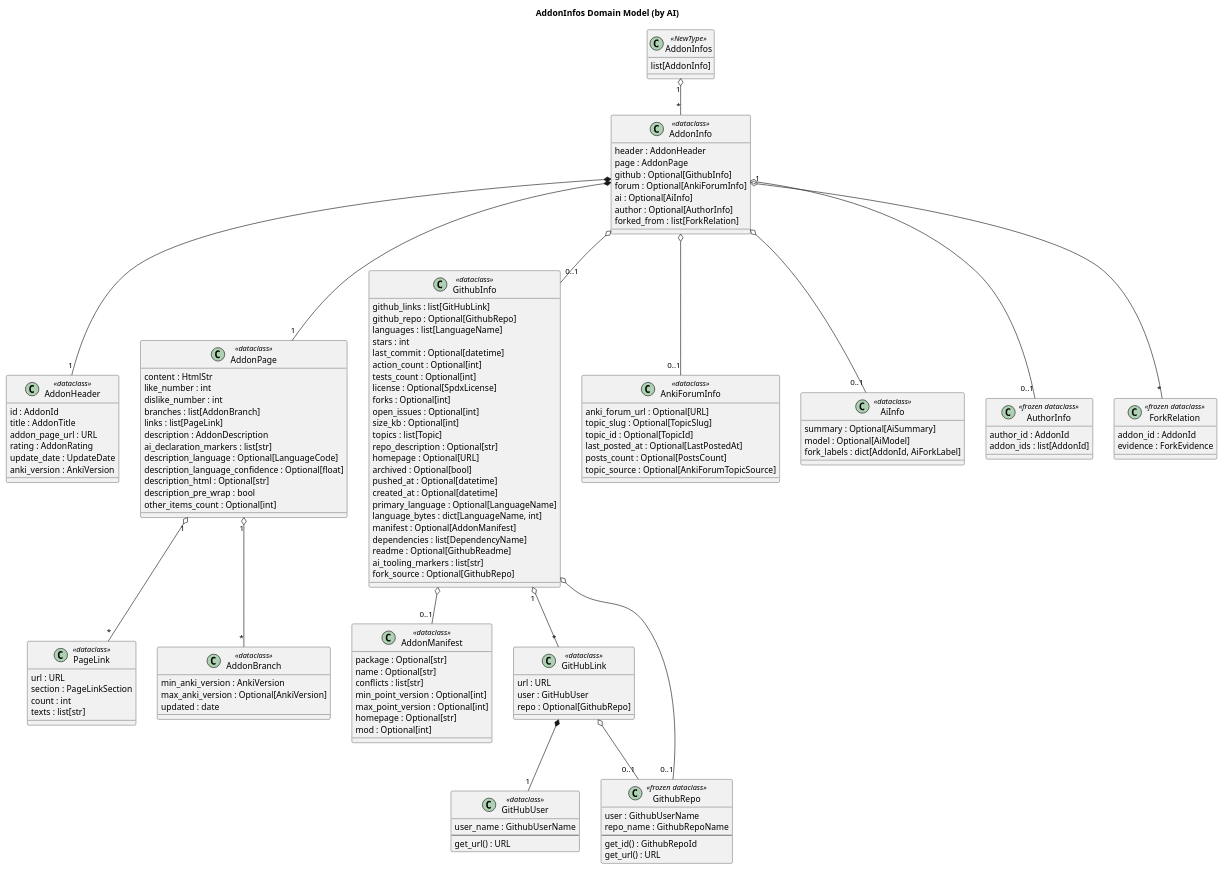
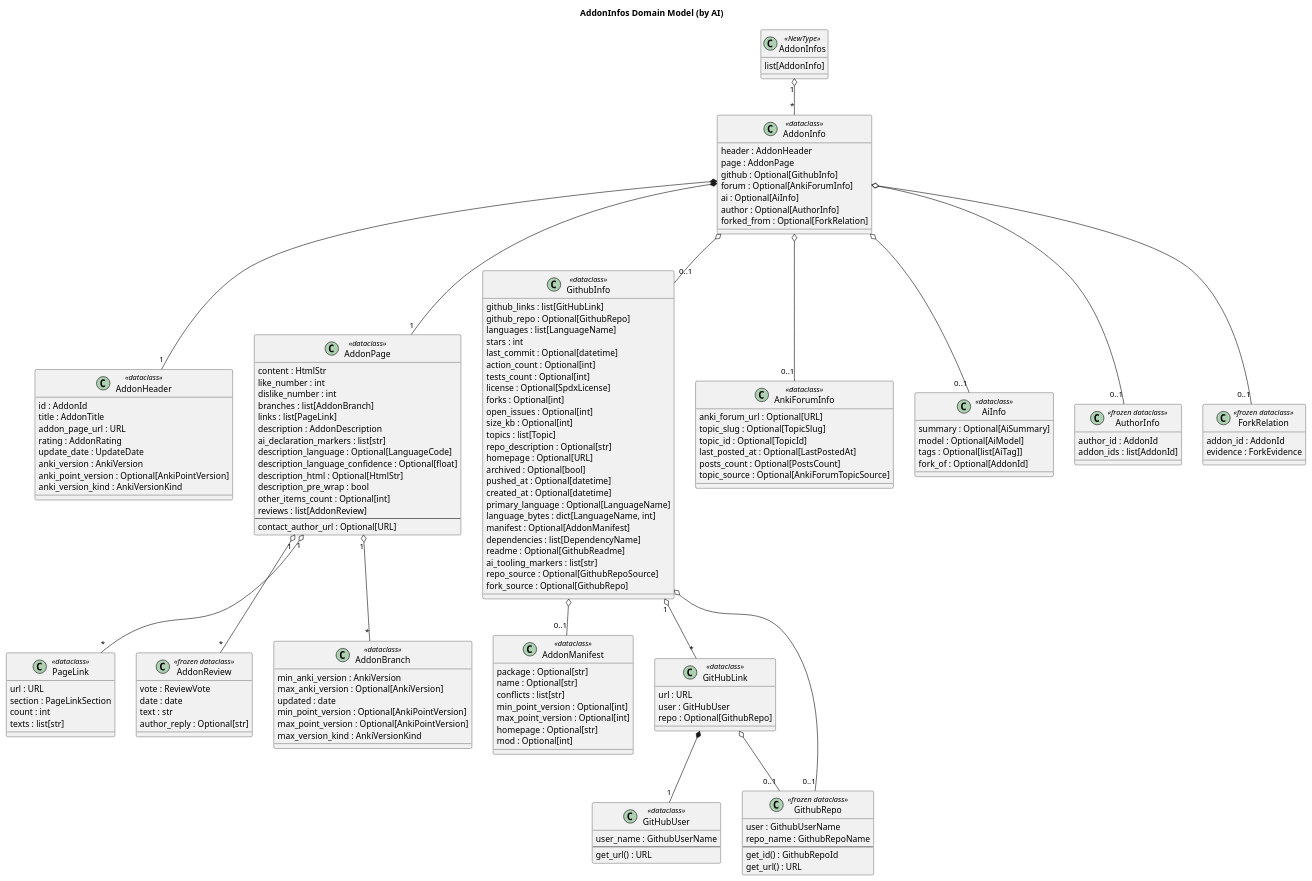
The diagram in doc/uml/ai/class-addon-infos.puml (Aleks-Ya/anki-addons-dataset), drawn with PlantUML before and after one commit. The commit also changed 2 other files, not shown here.

Commit message:
Update UML diagrams

```diff
--- a/doc/uml/ai/class-addon-infos.puml
+++ b/doc/uml/ai/class-addon-infos.puml
@@ -1,160 +1,178 @@
 @startuml
 
 title AddonInfos Domain Model (by AI)
 
 skinparam packageStyle rectangle
 
 class AddonInfos <<NewType>> {
   list[AddonInfo]
 }
 
 class AddonInfo <<dataclass>> {
   header : AddonHeader
   page : AddonPage
   github : Optional[GithubInfo]
   forum : Optional[AnkiForumInfo]
   ai : Optional[AiInfo]
   author : Optional[AuthorInfo]
-  forked_from : list[ForkRelation]
+  forked_from : Optional[ForkRelation]
 }
 
 class AddonHeader <<dataclass>> {
   id : AddonId
   title : AddonTitle
   addon_page_url : URL
   rating : AddonRating
   update_date : UpdateDate
   anki_version : AnkiVersion
+  anki_point_version : Optional[AnkiPointVersion]
+  anki_version_kind : AnkiVersionKind
 }
 
 class AddonPage <<dataclass>> {
   content : HtmlStr
   like_number : int
   dislike_number : int
   branches : list[AddonBranch]
   links : list[PageLink]
   description : AddonDescription
   ai_declaration_markers : list[str]
   description_language : Optional[LanguageCode]
   description_language_confidence : Optional[float]
-  description_html : Optional[str]
+  description_html : Optional[HtmlStr]
   description_pre_wrap : bool
   other_items_count : Optional[int]
+  reviews : list[AddonReview]
+  --
+  contact_author_url : Optional[URL]
 }
 
 class PageLink <<dataclass>> {
   url : URL
   section : PageLinkSection
   count : int
   texts : list[str]
 }
 
+class AddonReview <<frozen dataclass>> {
+  vote : ReviewVote
+  date : date
+  text : str
+  author_reply : Optional[str]
+}
+
 class AddonBranch <<dataclass>> {
   min_anki_version : AnkiVersion
   max_anki_version : Optional[AnkiVersion]
   updated : date
+  min_point_version : Optional[AnkiPointVersion]
+  max_point_version : Optional[AnkiPointVersion]
+  max_version_kind : AnkiVersionKind
 }
 
 class GithubInfo <<dataclass>> {
   github_links : list[GitHubLink]
   github_repo : Optional[GithubRepo]
   languages : list[LanguageName]
   stars : int
   last_commit : Optional[datetime]
   action_count : Optional[int]
   tests_count : Optional[int]
   license : Optional[SpdxLicense]
   forks : Optional[int]
   open_issues : Optional[int]
   size_kb : Optional[int]
   topics : list[Topic]
   repo_description : Optional[str]
   homepage : Optional[URL]
   archived : Optional[bool]
   pushed_at : Optional[datetime]
   created_at : Optional[datetime]
   primary_language : Optional[LanguageName]
   language_bytes : dict[LanguageName, int]
   manifest : Optional[AddonManifest]
   dependencies : list[DependencyName]
   readme : Optional[GithubReadme]
   ai_tooling_markers : list[str]
+  repo_source : Optional[GithubRepoSource]
   fork_source : Optional[GithubRepo]
 }
 
 class AddonManifest <<dataclass>> {
   package : Optional[str]
   name : Optional[str]
   conflicts : list[str]
   min_point_version : Optional[int]
   max_point_version : Optional[int]
   homepage : Optional[str]
   mod : Optional[int]
 }
 
 class GitHubLink <<dataclass>> {
   url : URL
   user : GitHubUser
   repo : Optional[GithubRepo]
 }
 
 class GitHubUser <<dataclass>> {
   user_name : GithubUserName
   --
   get_url() : URL
 }
 
 class GithubRepo <<frozen dataclass>> {
   user : GithubUserName
   repo_name : GithubRepoName
   --
   get_id() : GithubRepoId
   get_url() : URL
 }
 
 class AnkiForumInfo <<dataclass>> {
   anki_forum_url : Optional[URL]
   topic_slug : Optional[TopicSlug]
   topic_id : Optional[TopicId]
   last_posted_at : Optional[LastPostedAt]
   posts_count : Optional[PostsCount]
   topic_source : Optional[AnkiForumTopicSource]
 }
 
 class AiInfo <<dataclass>> {
   summary : Optional[AiSummary]
   model : Optional[AiModel]
-  fork_labels : dict[AddonId, AiForkLabel]
+  tags : Optional[list[AiTag]]
+  fork_of : Optional[AddonId]
 }
 
 class AuthorInfo <<frozen dataclass>> {
   author_id : AddonId
   addon_ids : list[AddonId]
 }
 
 class ForkRelation <<frozen dataclass>> {
   addon_id : AddonId
   evidence : ForkEvidence
 }
 
 AddonInfos "1" o-- "*" AddonInfo
 
 AddonInfo *-- "1" AddonHeader
 AddonInfo *-- "1" AddonPage
 AddonInfo o-- "0..1" GithubInfo
 AddonInfo o-- "0..1" AnkiForumInfo
 AddonInfo o-- "0..1" AiInfo
 AddonInfo o-- "0..1" AuthorInfo
-AddonInfo "1" o-- "*" ForkRelation
+AddonInfo o-- "0..1" ForkRelation
 
 AddonPage "1" o-- "*" AddonBranch
 AddonPage "1" o-- "*" PageLink
+AddonPage "1" o-- "*" AddonReview
 
 GithubInfo "1" o-- "*" GitHubLink
 GithubInfo o-- "0..1" GithubRepo
 GithubInfo o-- "0..1" AddonManifest
 
 GitHubLink *-- "1" GitHubUser
 GitHubLink o-- "0..1" GithubRepo
 
 @enduml
```
